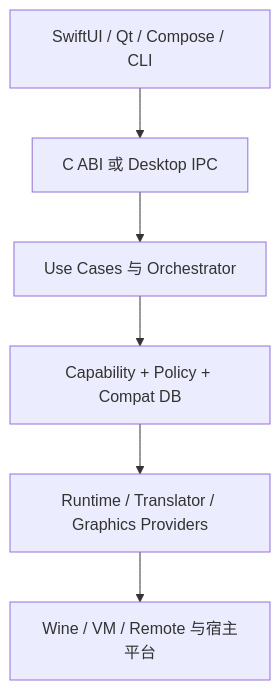
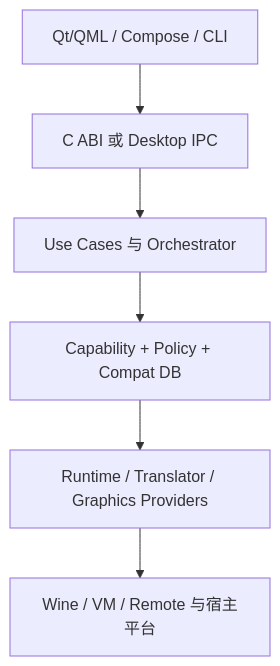
One commit to lcxinc/CompatForge changed the first of 2 diagrams in docs/architecture/overview.md. Above: the diagram before and after it, drawn with Mermaid. The commit also changed 13 other files, not shown here.

````diff
--- a/docs/architecture/overview.md
+++ b/docs/architecture/overview.md
@@ -9,8 +9,8 @@
 ```mermaid
 flowchart TD
-    A["SwiftUI / Qt / Compose / CLI"] --> B["C ABI 或 Desktop IPC"]
+    A["Qt/QML / Compose / CLI"] --> B["C ABI 或 Desktop IPC"]
     B --> C["Use Cases 与 Orchestrator"]
     C --> D["Capability + Policy + Compat DB"]
     D --> E["Runtime / Translator / Graphics Providers"]
     E --> F["Wine / VM / Remote 与宿主平台"]
 ```
````
